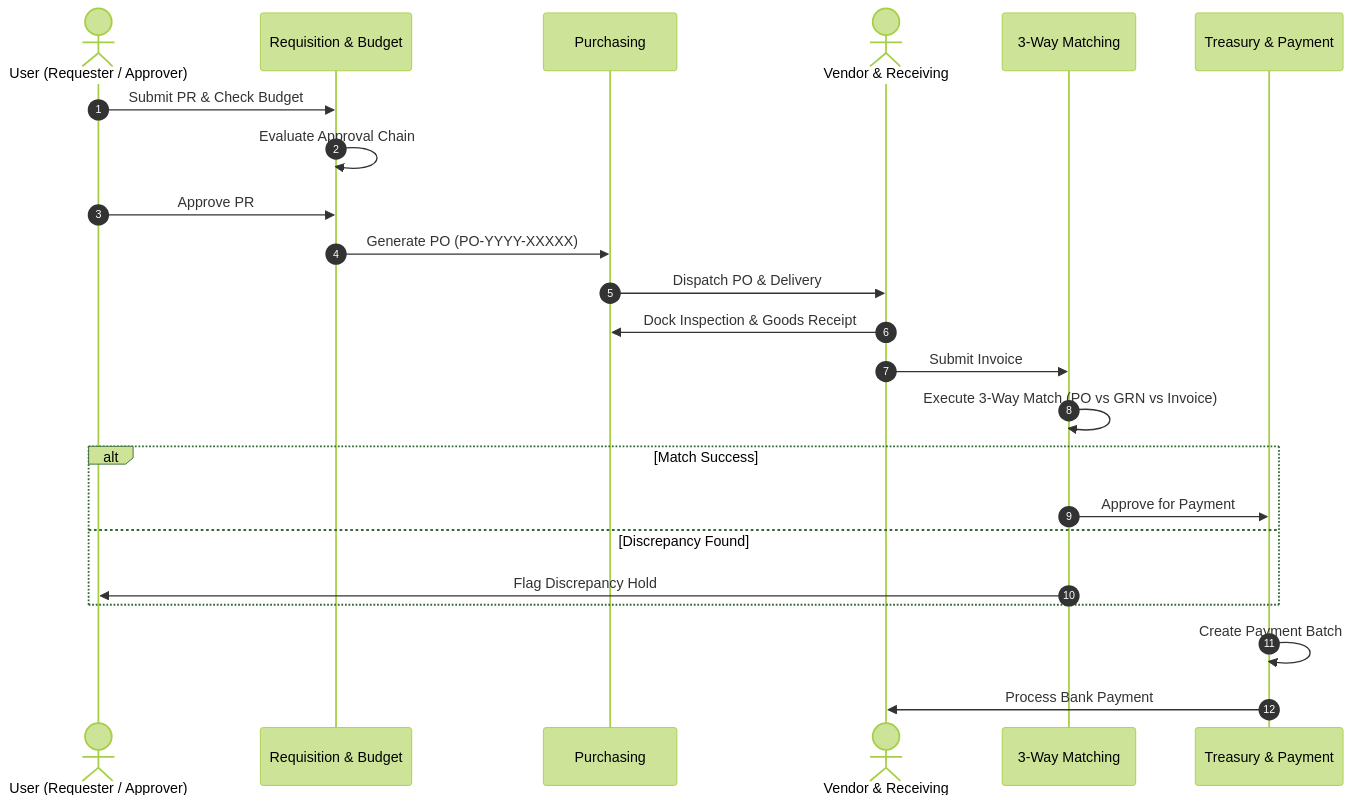
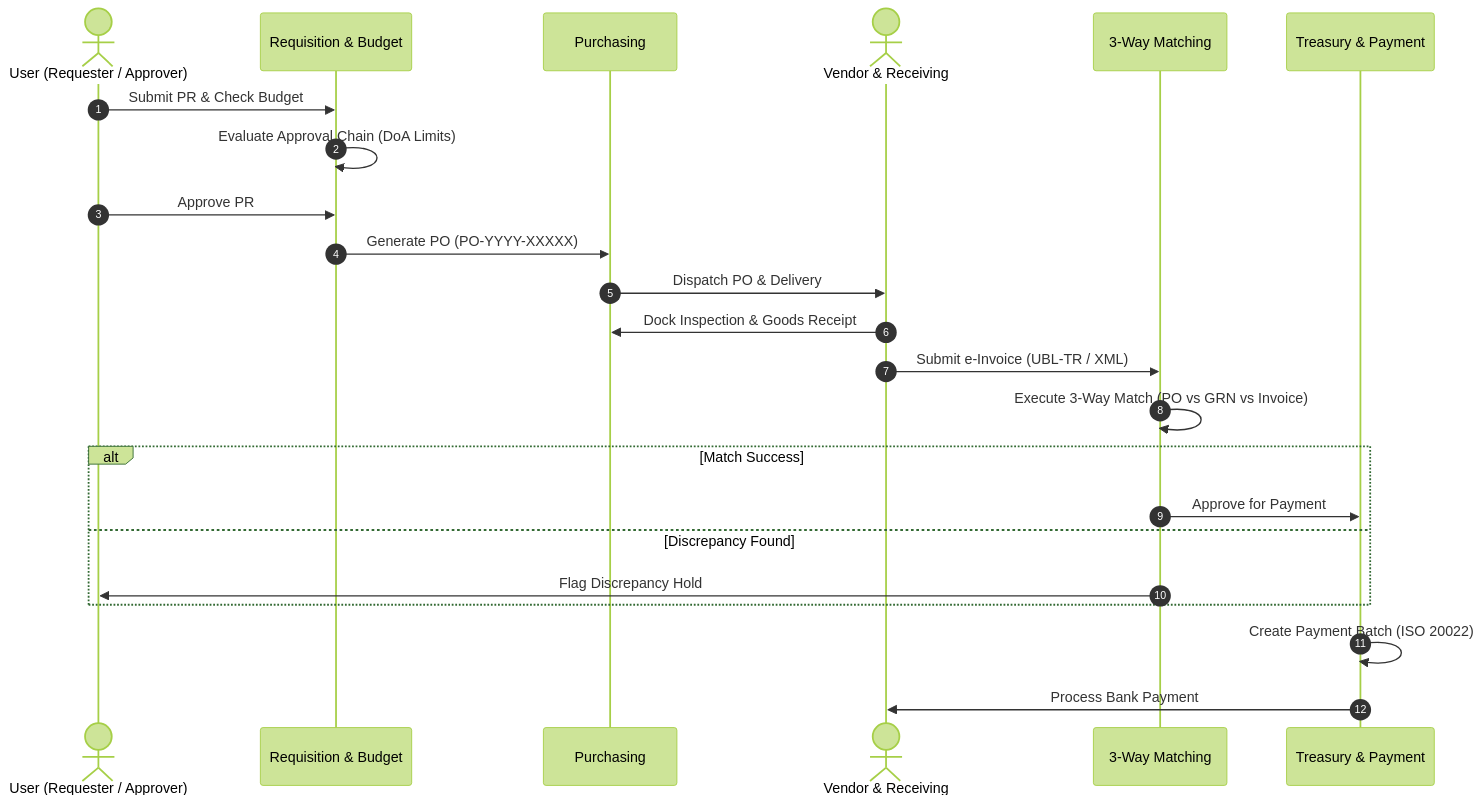
Before and after one commit to doguhanniltextra/spend-sync: the second of 2 diagrams in README.md, drawn with Mermaid (forest theme). The commit also changed other lines of this file, not shown here.

Commit message:
docs: update system architecture diagram and tech stack to include Redis and RedisInsight

````diff
--- a/README.md
+++ b/README.md
@@ -61,29 +73,28 @@
 ```mermaid
 sequenceDiagram
     autonumber
     actor User as User (Requester / Approver)
     participant Req as Requisition & Budget
     participant PO as Purchasing
     actor Vendor as Vendor & Receiving
     participant Match as 3-Way Matching
     participant Pay as Treasury & Payment
 
     User->>Req: Submit PR & Check Budget
-    Req->>Req: Evaluate Approval Chain
+    Req->>Req: Evaluate Approval Chain (DoA Limits)
     User->>Req: Approve PR
 
     Req->>PO: Generate PO (PO-YYYY-XXXXX)
     PO->>Vendor: Dispatch PO & Delivery
     Vendor->>PO: Dock Inspection & Goods Receipt
-
-    Vendor->>Match: Submit Invoice
+    Vendor->>Match: Submit e-Invoice (UBL-TR / XML)
     Match->>Match: Execute 3-Way Match (PO vs GRN vs Invoice)
     alt Match Success
         Match->>Pay: Approve for Payment
     else Discrepancy Found
         Match->>User: Flag Discrepancy Hold
     end
 
-    Pay->>Pay: Create Payment Batch
+    Pay->>Pay: Create Payment Batch (ISO 20022)
     Pay->>Vendor: Process Bank Payment
 ```
````
